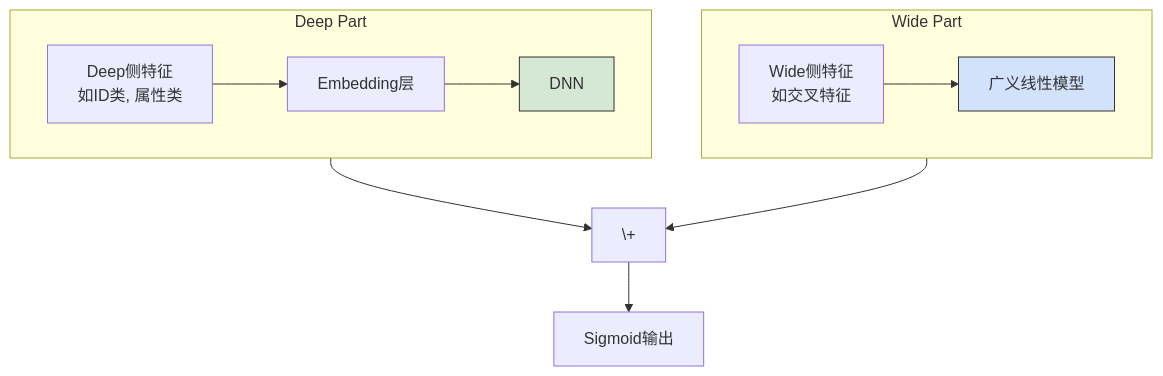
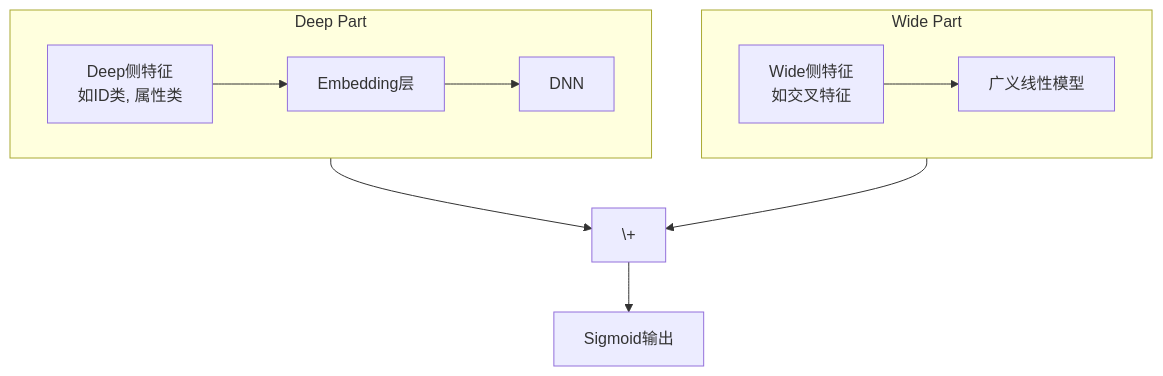
One commit to 1985312383/search-rec-ads-cosmos-explorer changed the diagram in docs/zh/3.第三章：推荐算法--比你更懂你的贴心小棉袄/2.深度学习文艺复兴/5.ranking_models.md. Above: the diagram before and after it, drawn with Mermaid. The commit also changed 4 other files, not shown here.

````diff
--- a/docs/zh/3.第三章：推荐算法--比你更懂你的贴心小棉袄/2.深度学习文艺复兴/5.ranking_models.md
+++ b/docs/zh/3.第三章：推荐算法--比你更懂你的贴心小棉袄/2.深度学习文艺复兴/5.ranking_models.md
@@ -23,21 +23,18 @@
 ```mermaid
 graph TD
     subgraph "Wide Part"
         direction LR
         W_FE["Wide侧特征<br/>如交叉特征"] --> W_LM["广义线性模型"]
     end
 
     subgraph "Deep Part"
         direction LR
         D_FE["Deep侧特征<br/>如ID类, 属性类"] --> D_Emb["Embedding层"] --> D_DNN["DNN"]
     end
 
     W_LM --> Sum
     D_DNN --> Sum
 
     Sum["\+"] --> Output["Sigmoid输出"]
 
-    style W_LM fill:#D2E2FB,stroke:#333
-    style D_DNN fill:#D5E8D4,stroke:#333
-
 ```
````
